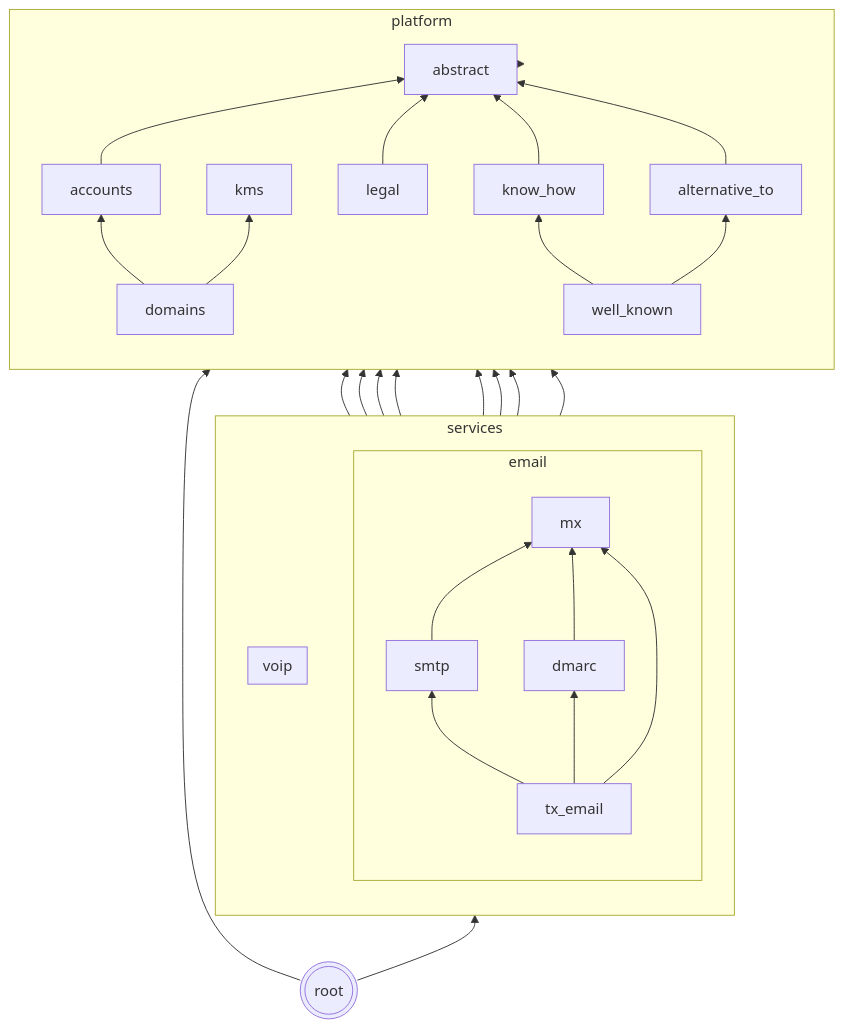
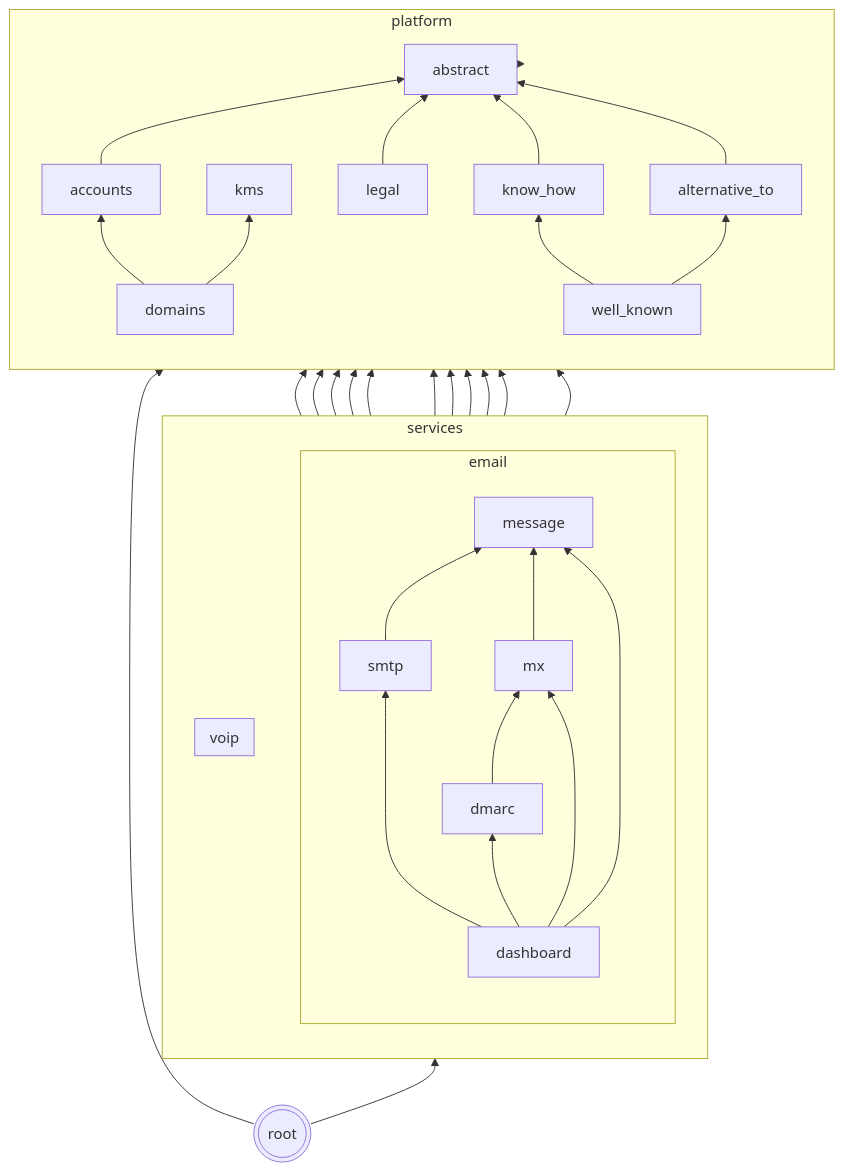
One commit to codingjoe/relay changed the diagram in README.md. Above: the diagram before and after it, drawn with Mermaid. The commit also changed 171 other files, not shown here.

First line of the commit message:
Build merged contact timeline across sibling mail apps (#68)

````diff
--- a/README.md
+++ b/README.md
@@ -144,52 +144,58 @@
 ```mermaid
 graph BT
  abstract[abstract];
  kms[kms];
  subgraph platform
  direction BT
  accounts
  domains
  know_how[know_how]
  alternative_to[alternative_to]
  legal
  well_known[well_known]
  domains --> accounts
  accounts --> abstract
  domains --> kms
  legal --> abstract
  know_how --> abstract
  alternative_to --> abstract
  well_known --> know_how
  well_known --> alternative_to
  end
  subgraph services
  direction BT
  subgraph email
  direction BT
- tx_email[tx_email]
+ dashboard[dashboard]
+ message[message]
  smtp
  mx
  dmarc
+ message --> accounts
+ message --> domains
+ smtp --> message
  smtp --> accounts
  smtp --> domains
- smtp --> mx
+ smtp --> kms
+ mx --> message
  mx --> accounts
  mx --> domains
  mx --> kms
  dmarc --> accounts
  dmarc --> domains
  dmarc --> mx
- tx_email --> smtp
- tx_email --> mx
- tx_email --> dmarc
+ dashboard --> message
+ dashboard --> smtp
+ dashboard --> mx
+ dashboard --> dmarc
  end
  subgraph voip
  direction BT
  end
  end
  services --> platform;
  platform --> abstract;
  root --> services;
  root --> platform;
  root(((root)))
 ```
````
